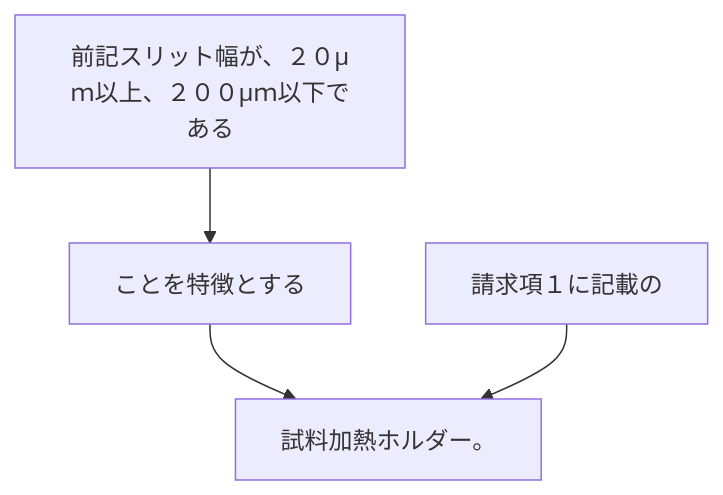
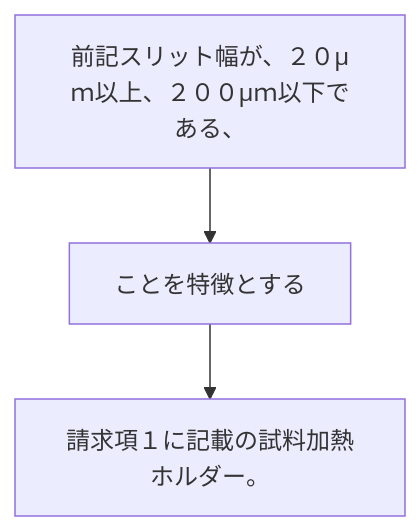
Before and after one commit to shinmori55/patent_analyzed: the diagram in 2024/JP2024030202A/claim_8/README.md, drawn with Mermaid. The commit also changed 336 other files, not shown here.

````diff
--- a/2024/JP2024030202A/claim_8/README.md
+++ b/2024/JP2024030202A/claim_8/README.md
@@ -2,10 +2,8 @@
 ```mermaid
 flowchart TD
-A[前記スリット幅が、２０μｍ以上、２００μｍ以下である]
+A[前記スリット幅が、２０μｍ以上、２００μｍ以下である、]
 B[ことを特徴とする]
-C[請求項１に記載の]
-D[試料加熱ホルダー。]
+C[請求項１に記載の試料加熱ホルダー。]
 A --> B
-B --> D
-C --> D
+B --> C
 ```
````
